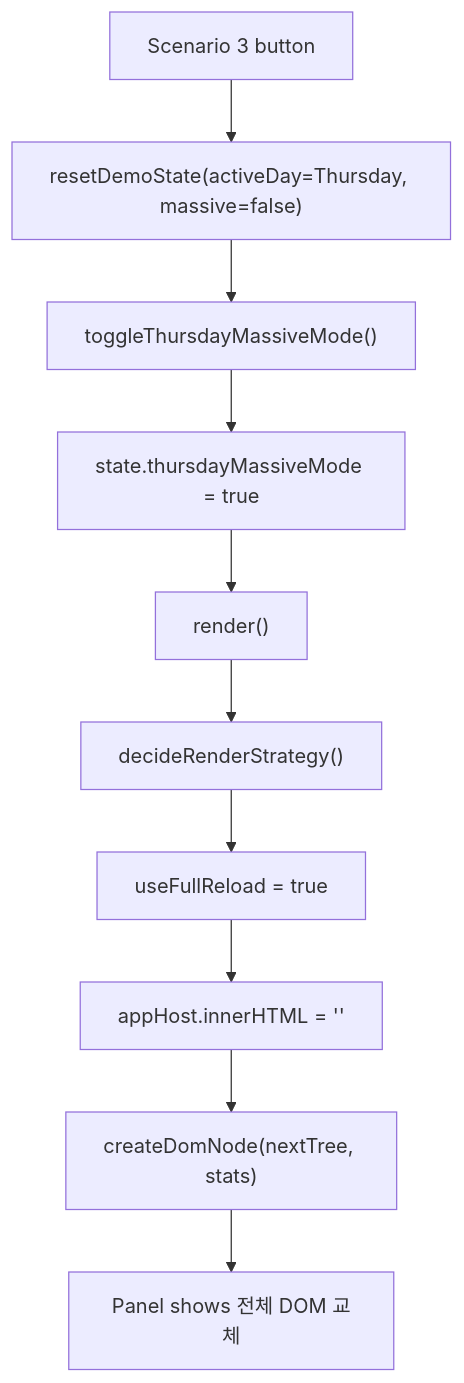
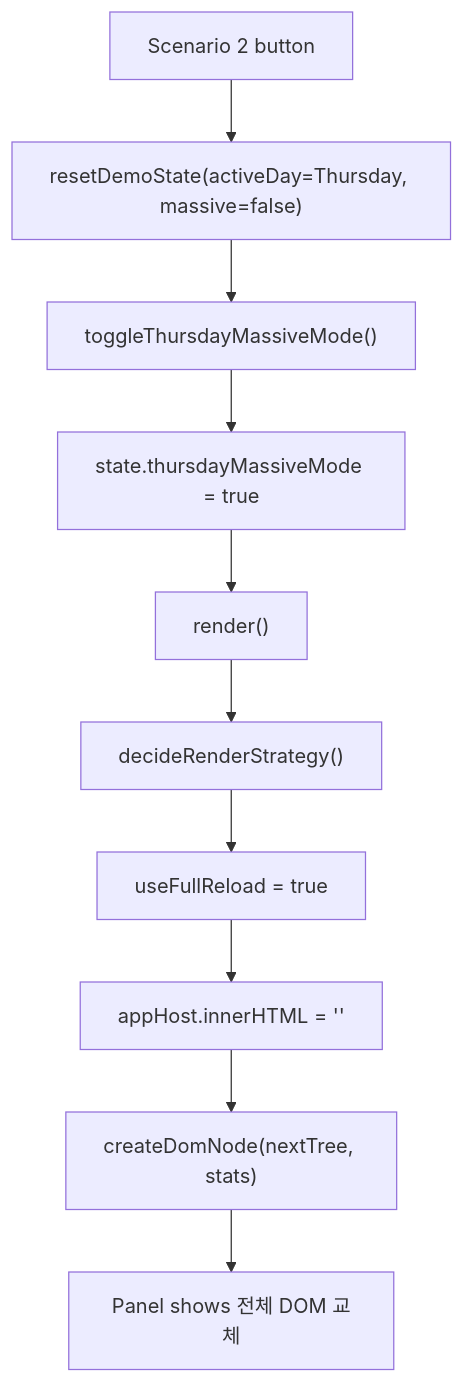
One commit to ndh5178/4week_codex changed the second of 3 diagrams in README.md. Above: the diagram before and after it, drawn with Mermaid. The commit also changed other lines of this file and 1 other file, not shown here.

````diff
--- a/README.md
+++ b/README.md
@@ -462,12 +430,12 @@
 ```mermaid
 flowchart TD
-    A["Scenario 3 button"] --> B["resetDemoState(activeDay=Thursday, massive=false)"]
+    A["Scenario 2 button"] --> B["resetDemoState(activeDay=Thursday, massive=false)"]
     B --> C["toggleThursdayMassiveMode()"]
     C --> D["state.thursdayMassiveMode = true"]
     D --> E["render()"]
     E --> F["decideRenderStrategy()"]
     F --> G["useFullReload = true"]
     G --> H["appHost.innerHTML = ''"]
     H --> I["createDomNode(nextTree, stats)"]
     I --> J["Panel shows 전체 DOM 교체"]
 ```
````
